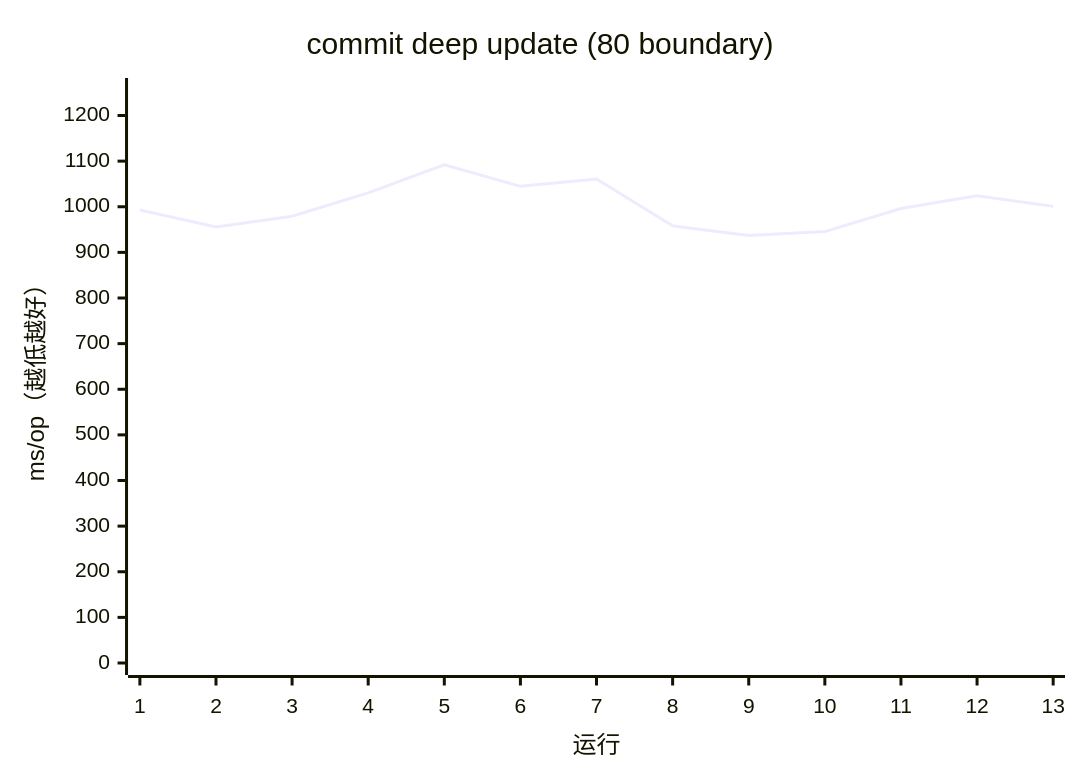
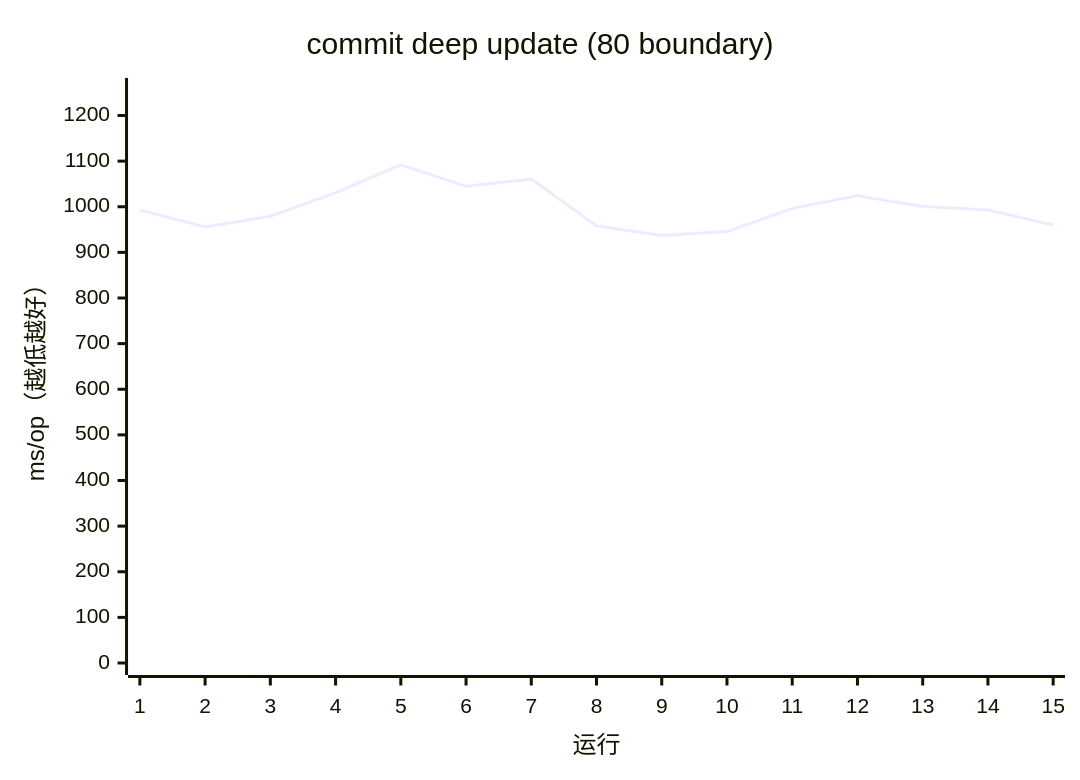
One commit to AIluffy/io changed the seventh of 17 diagrams in apps/docs/src/content/docs/guides/benchmark.mdx. Above: the diagram before and after it, drawn with Mermaid. The commit also changed other lines of this file and 7 other files, not shown here.

````diff
--- a/apps/docs/src/content/docs/guides/benchmark.mdx
+++ b/apps/docs/src/content/docs/guides/benchmark.mdx
@@ -265,7 +267,7 @@
 ```mermaid
 xychart-beta
   title "commit deep update (80 boundary)"
-  x-axis "运行" [1, 2, 3, 4, 5, 6, 7, 8, 9, 10, 11, 12, 13]
+  x-axis "运行" [1, 2, 3, 4, 5, 6, 7, 8, 9, 10, 11, 12, 13, 14, 15]
   y-axis "ms/op（越低越好）" 0 --> 1255.9128
-  line [992.725, 955.8344, 979.2947, 1030.485, 1092.0981, 1044.7571, 1060.7891, 958.0996, 937.104, 945.5124, 996.1228, 1024.3481, 1000.8426]
+  line [992.725, 955.8344, 979.2947, 1030.485, 1092.0981, 1044.7571, 1060.7891, 958.0996, 937.104, 945.5124, 996.1228, 1024.3481, 1000.8426, 993.1195, 960.0815]
 ```
````
